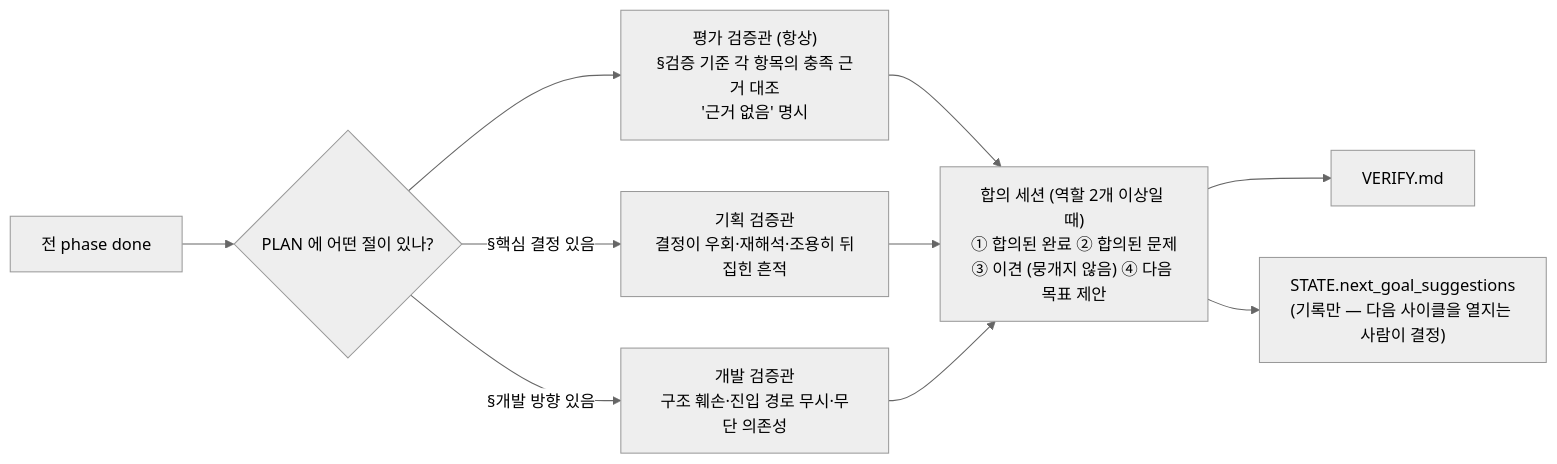
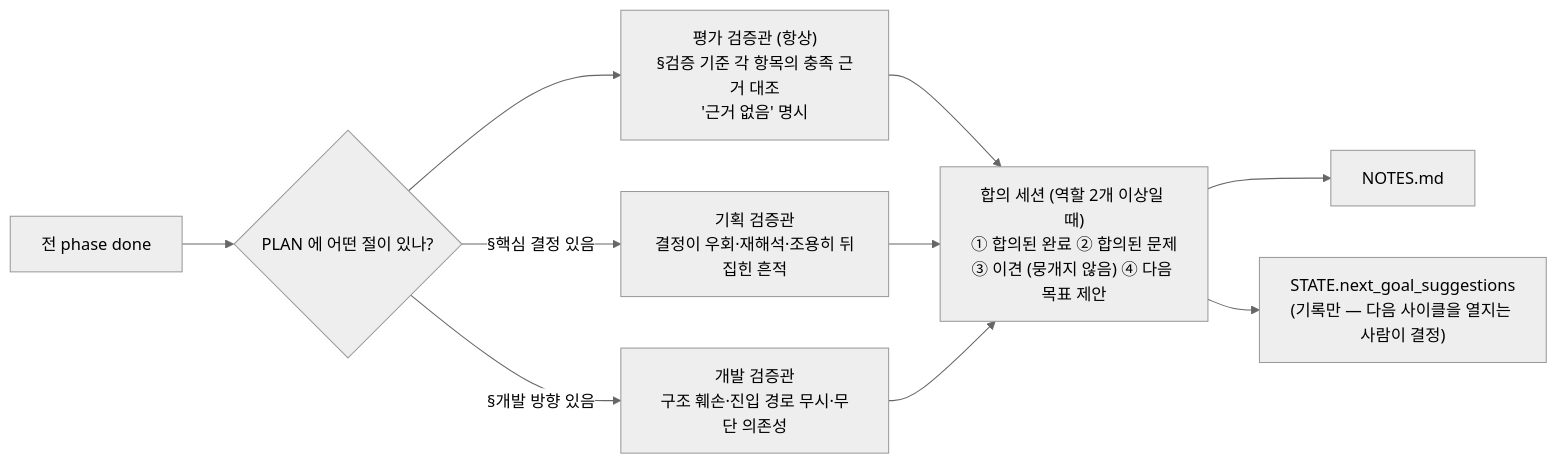
One commit to DolphaGo/AI-Assistant changed the ninth of 16 diagrams in plugins/feature-workflow/README.md. Above: the diagram before and after it, drawn with Mermaid (neutral theme). The commit also changed other lines of this file and 36 other files, not shown here.

````diff
--- a/plugins/feature-workflow/README.md
+++ b/plugins/feature-workflow/README.md
@@ -495,12 +497,12 @@
 ```mermaid
 flowchart LR
     DONE["전 phase done"] --> SEL{"PLAN 에 어떤 절이 있나?"}
     SEL --> EV["평가 검증관 (항상)<br/>§검증 기준 각 항목의 충족 근거 대조<br/>'근거 없음' 명시"]
     SEL -- "§핵심 결정 있음" --> PL["기획 검증관<br/>결정이 우회·재해석·조용히 뒤집힌 흔적"]
     SEL -- "§개발 방향 있음" --> DV["개발 검증관<br/>구조 훼손·진입 경로 무시·무단 의존성"]
     EV --> CON
     PL --> CON
     DV --> CON["합의 세션 (역할 2개 이상일 때)<br/>① 합의된 완료 ② 합의된 문제<br/>③ 이견 (뭉개지 않음) ④ 다음 목표 제안"]
-    CON --> VM["VERIFY.md"]
+    CON --> VM["NOTES.md"]
     CON --> NG["STATE.next_goal_suggestions<br/>(기록만 — 다음 사이클을 열지는 사람이 결정)"]
 ```
````
